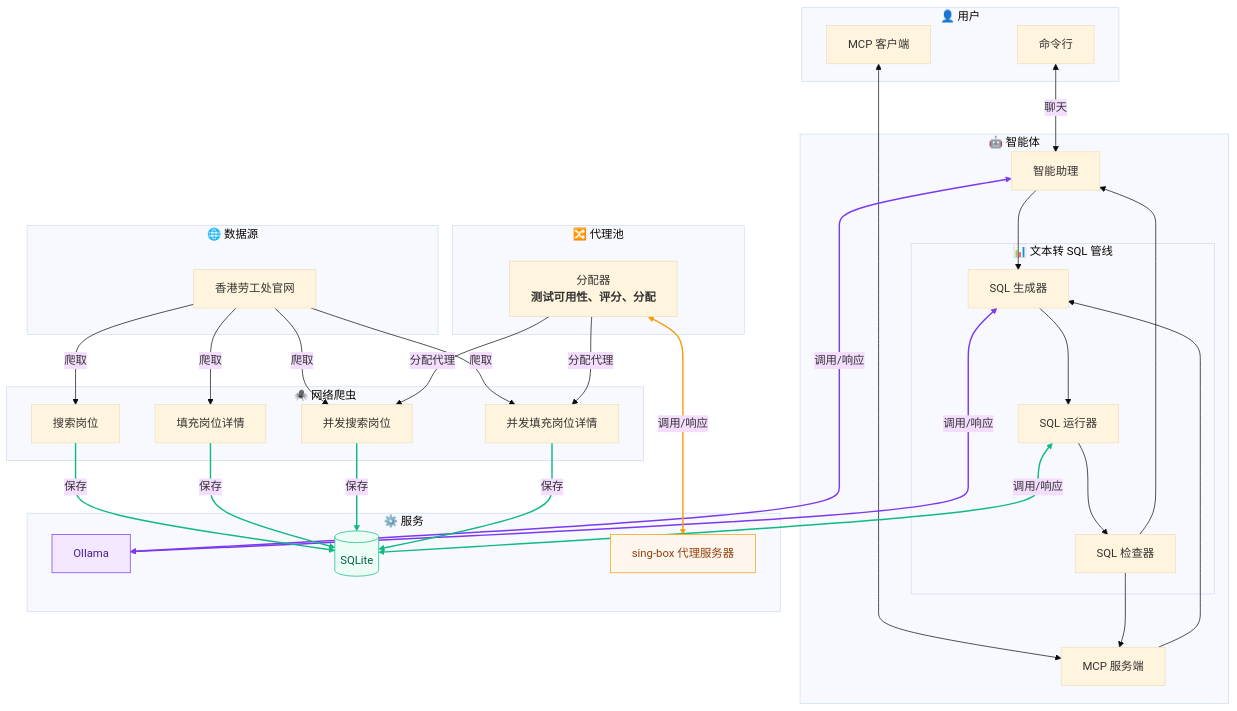
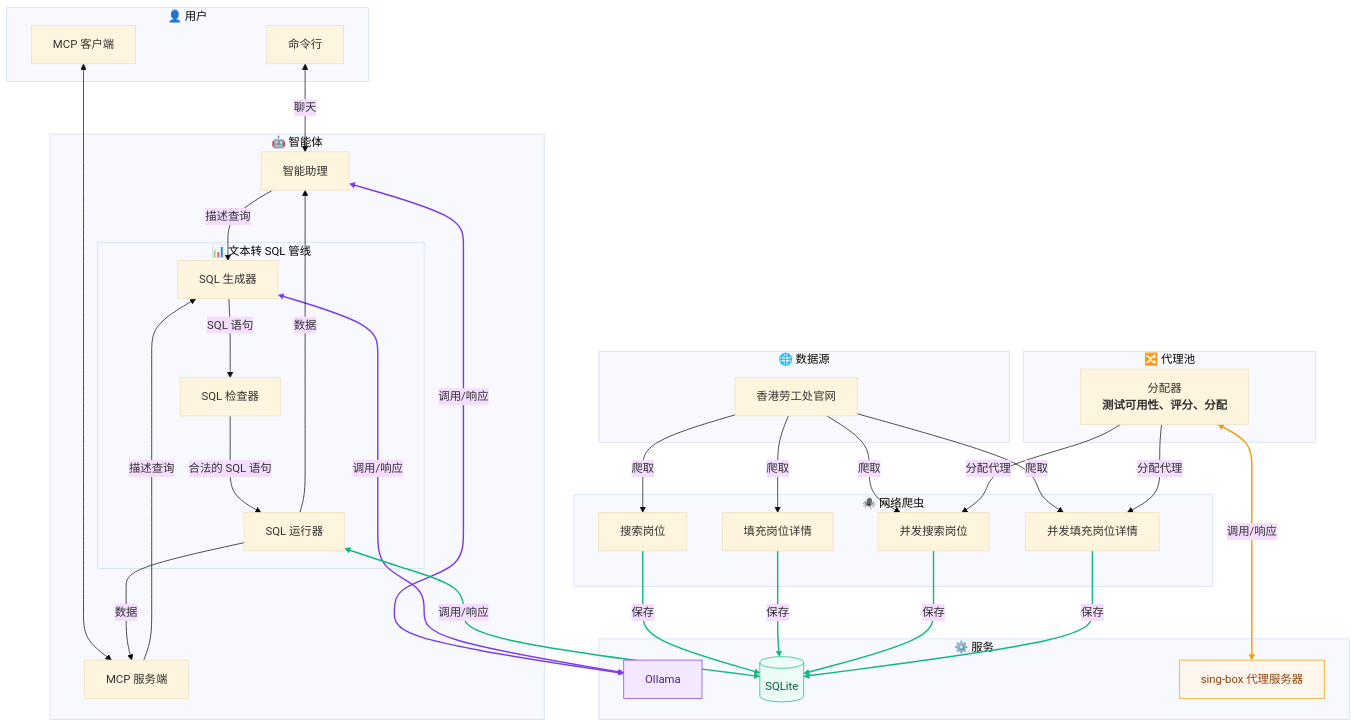
Before and after one commit to JJ-Jacko/jobs_hk: the diagram in README_zh_cn.md, drawn with Mermaid (base theme). The commit also changed 2 other files, not shown here.

Commit message:
fix(README.Structure): SQL_generator -> SQL_checker -> SQL_runner workflow path error.

````diff
--- a/README_zh_cn.md
+++ b/README_zh_cn.md
@@ -91,19 +91,19 @@
     CLI <-->|聊天| assistant
     MCP_CLIENT <--> MCP_server
 
+    assistant -->|描述查询| SQL_generator
     assistant <-->|调用/响应| Ollama
-    assistant --> SQL_generator
 
-    MCP_server --> SQL_generator
+    MCP_server -->|描述查询| SQL_generator
 
-    SQL_generator --> SQL_runner
+    SQL_generator -->|SQL 语句| SQL_checker
     SQL_generator <-->|调用/响应| Ollama
 
-    SQL_runner --> SQL_checker
+    SQL_checker -->|合法的 SQL 语句| SQL_runner
+
+    SQL_runner -->|数据| assistant
+    SQL_runner -->|数据| MCP_server
     SQL_runner <-->|调用/响应| SQLite
-
-    SQL_checker --> assistant
-    SQL_checker --> MCP_server
 
     web_src -->|爬取| search_job
     web_src -->|爬取| fill_job
@@ -127,7 +127,7 @@
     class SQLite green;
     class proxy_server orange;
 
-    linkStyle 2,6 stroke:#7C3AED,stroke-width:2px
-    linkStyle 8,15,16,17,18 stroke:#10B981,stroke-width:2px
+    linkStyle 3,6 stroke:#7C3AED,stroke-width:2px
+    linkStyle 10,15,16,17,18 stroke:#10B981,stroke-width:2px
     linkStyle 21 stroke:#F59E0B,stroke-width:2px
 ```
````
